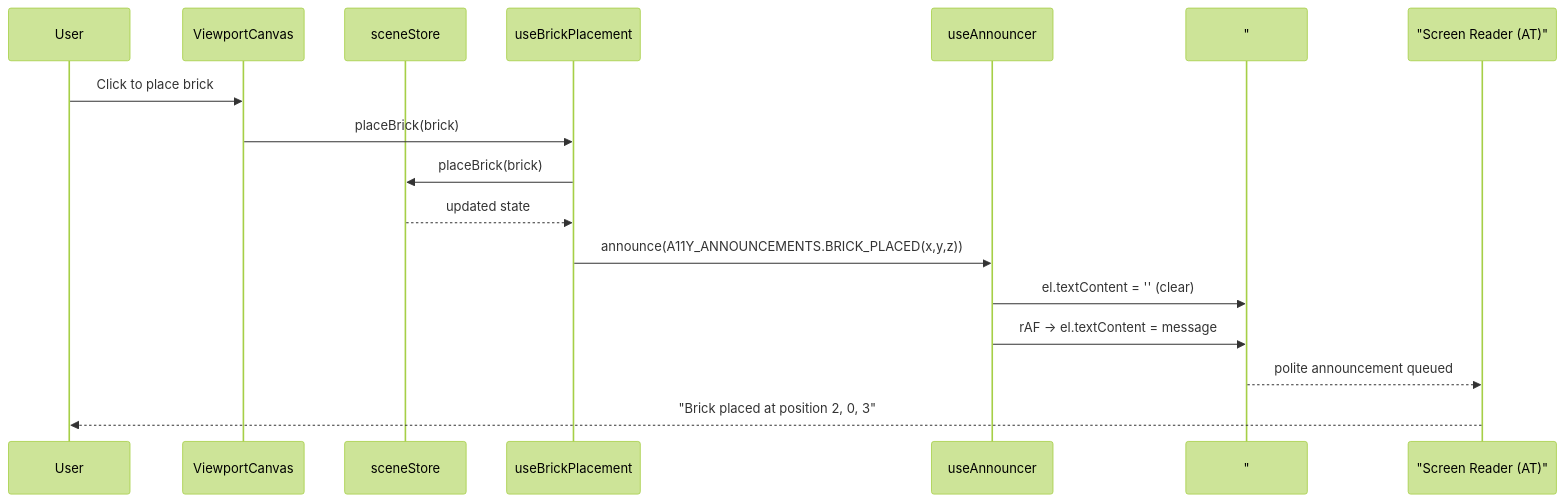
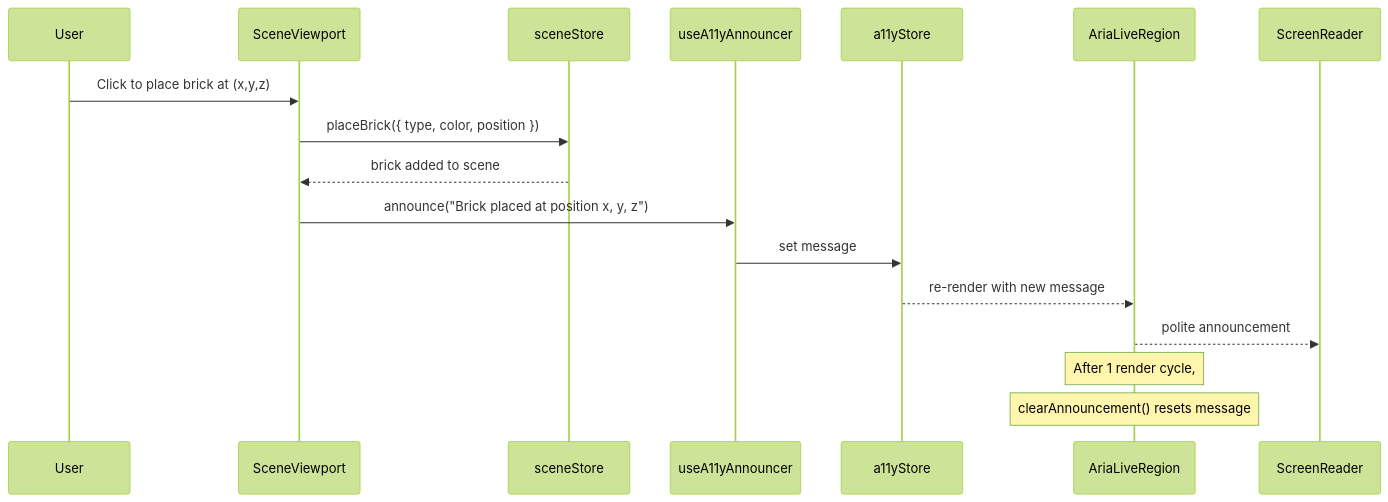
One commit to sreenivasmrpivot/legobuilder changed the first of 3 diagrams in docs/features/NFR-A11Y-002/LOW_LEVEL_DESIGN.md. Above: the diagram before and after it, drawn with Mermaid (forest theme). The commit also changed other lines of this file, not shown here.

First line of the commit message:
docs: LLD for NFR-A11Y-002 — Add ARIA labels to toolbar buttons and palette items; announce scene state changes

````diff
--- a/docs/features/NFR-A11Y-002/LOW_LEVEL_DESIGN.md
+++ b/docs/features/NFR-A11Y-002/LOW_LEVEL_DESIGN.md
@@ -207,20 +221,20 @@
 ```mermaid
 sequenceDiagram
     participant User
-    participant ViewportCanvas
+    participant SceneViewport
     participant sceneStore
-    participant useBrickPlacement
-    participant useAnnouncer
-    participant LiveRegion as "#scene-announcer (DOM)"
-    participant ScreenReader as "Screen Reader (AT)"
+    participant useA11yAnnouncer
+    participant a11yStore
+    participant AriaLiveRegion
+    participant ScreenReader
 
-    User->>ViewportCanvas: Click to place brick
-    ViewportCanvas->>useBrickPlacement: placeBrick(brick)
-    useBrickPlacement->>sceneStore: placeBrick(brick)
-    sceneStore-->>useBrickPlacement: updated state
-    useBrickPlacement->>useAnnouncer: announce(A11Y_ANNOUNCEMENTS.BRICK_PLACED(x,y,z))
-    useAnnouncer->>LiveRegion: el.textContent = '' (clear)
-    useAnnouncer->>LiveRegion: rAF → el.textContent = message
-    LiveRegion-->>ScreenReader: polite announcement queued
-    ScreenReader-->>User: "Brick placed at position 2, 0, 3"
+    User->>SceneViewport: Click to place brick at (x,y,z)
+    SceneViewport->>sceneStore: placeBrick({ type, color, position })
+    sceneStore-->>SceneViewport: brick added to scene
+    SceneViewport->>useA11yAnnouncer: announce("Brick placed at position x, y, z")
+    useA11yAnnouncer->>a11yStore: set message
+    a11yStore-->>AriaLiveRegion: re-render with new message
+    AriaLiveRegion-->>ScreenReader: polite announcement
+    Note over AriaLiveRegion: After 1 render cycle,
+    Note over AriaLiveRegion: clearAnnouncement() resets message
 ```
````
